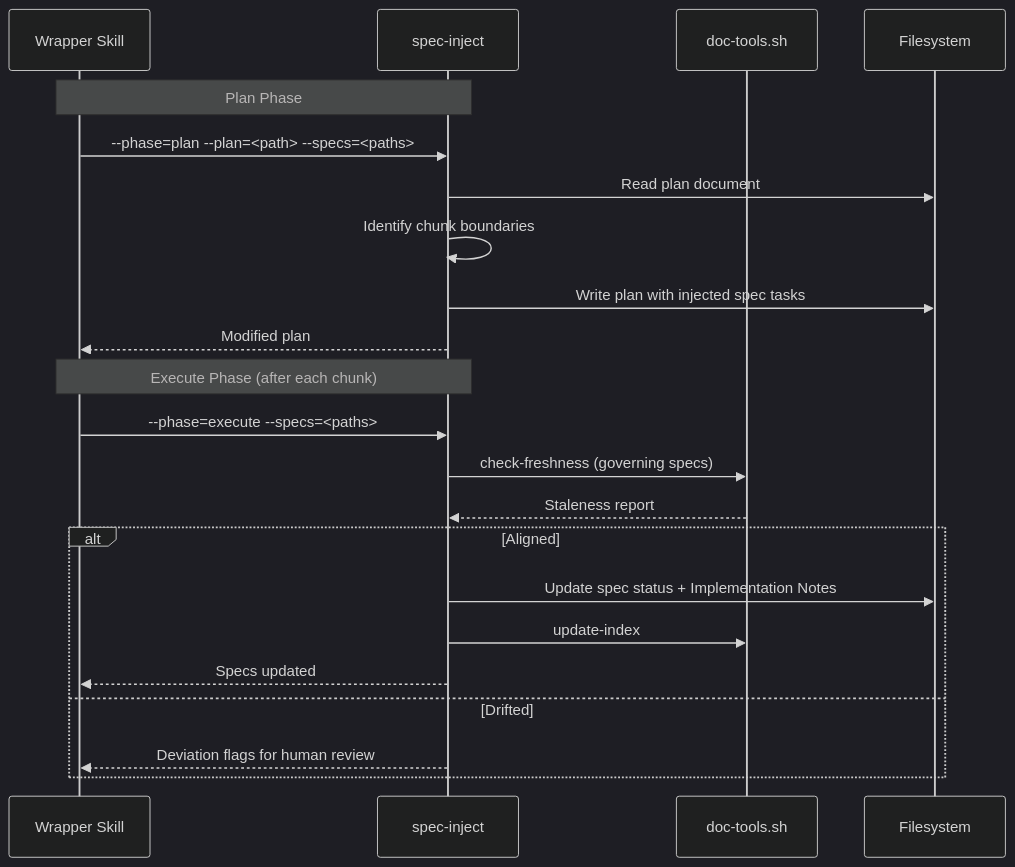
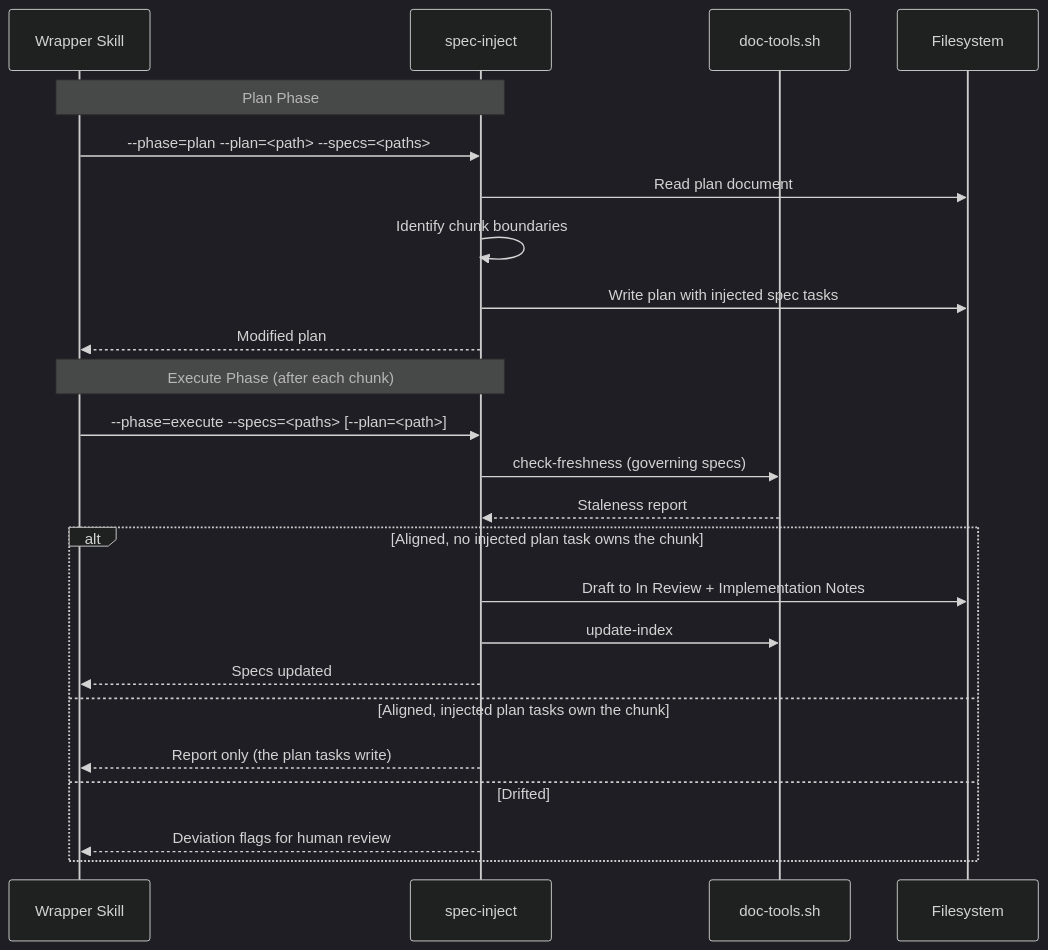
Before and after one commit to woodrowpearson/doc-superpowers: the seventh of 10 diagrams in docs/workflows/doc-superpowers.md, drawn with Mermaid (dark theme). The commit also changed other lines of this file and 8 other files, not shown here.

````diff
--- a/docs/workflows/doc-superpowers.md
+++ b/docs/workflows/doc-superpowers.md
@@ -586,26 +596,28 @@
 ```mermaid
 sequenceDiagram
   participant W as Wrapper Skill
   participant SI as spec-inject
   participant DT as doc-tools.sh
   participant FS as Filesystem
 
   Note over W,SI: Plan Phase
   W->>SI: --phase=plan --plan=<path> --specs=<paths>
   SI->>FS: Read plan document
   SI->>SI: Identify chunk boundaries
   SI->>FS: Write plan with injected spec tasks
   SI-->>W: Modified plan
 
   Note over W,SI: Execute Phase (after each chunk)
-  W->>SI: --phase=execute --specs=<paths>
+  W->>SI: --phase=execute --specs=<paths> [--plan=<path>]
   SI->>DT: check-freshness (governing specs)
   DT-->>SI: Staleness report
-  alt Aligned
-    SI->>FS: Update spec status + Implementation Notes
+  alt Aligned, no injected plan task owns the chunk
+    SI->>FS: Draft to In Review + Implementation Notes
     SI->>DT: update-index
     SI-->>W: Specs updated
+  else Aligned, injected plan tasks own the chunk
+    SI-->>W: Report only (the plan tasks write)
   else Drifted
     SI-->>W: Deviation flags for human review
   end
 ```
````
